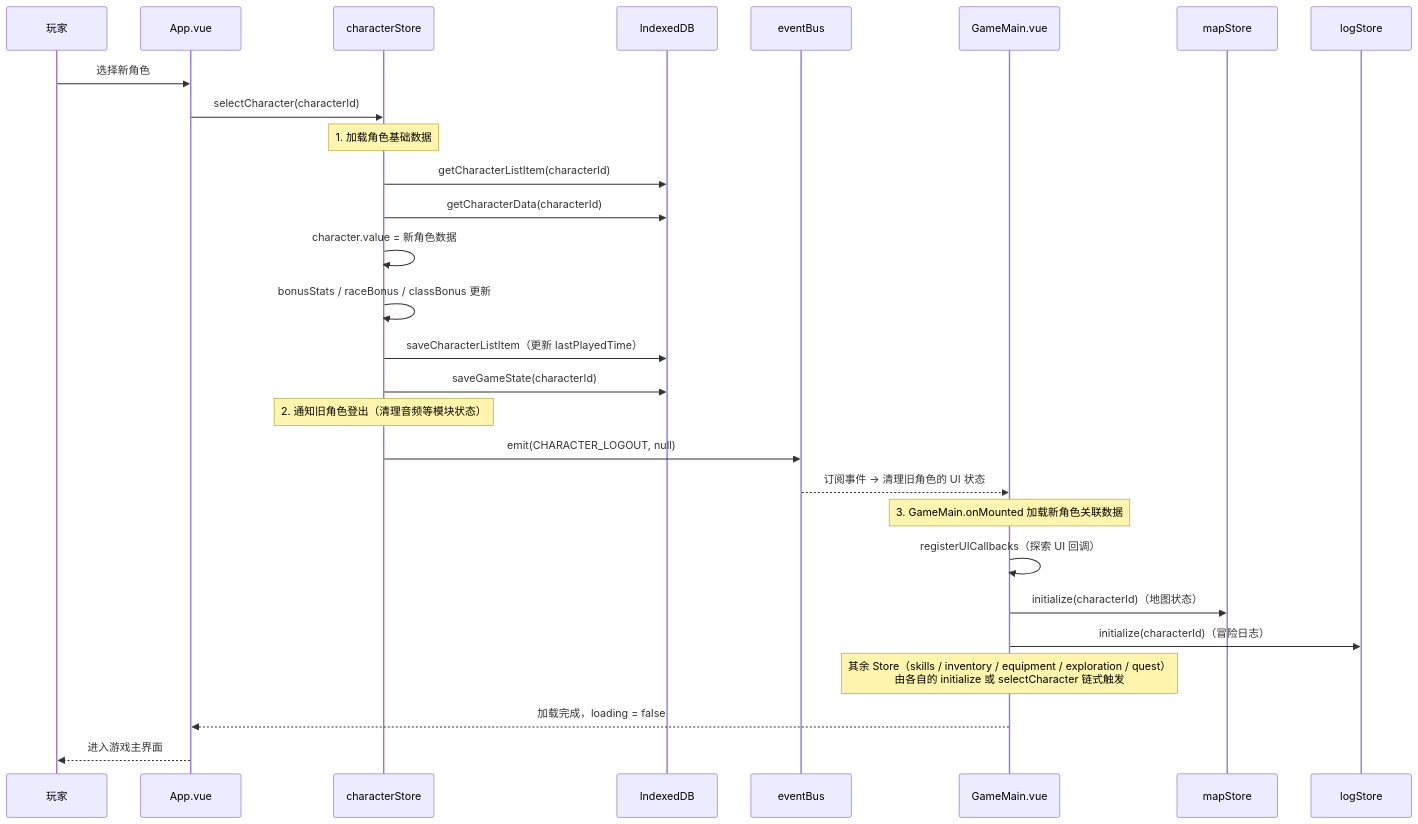
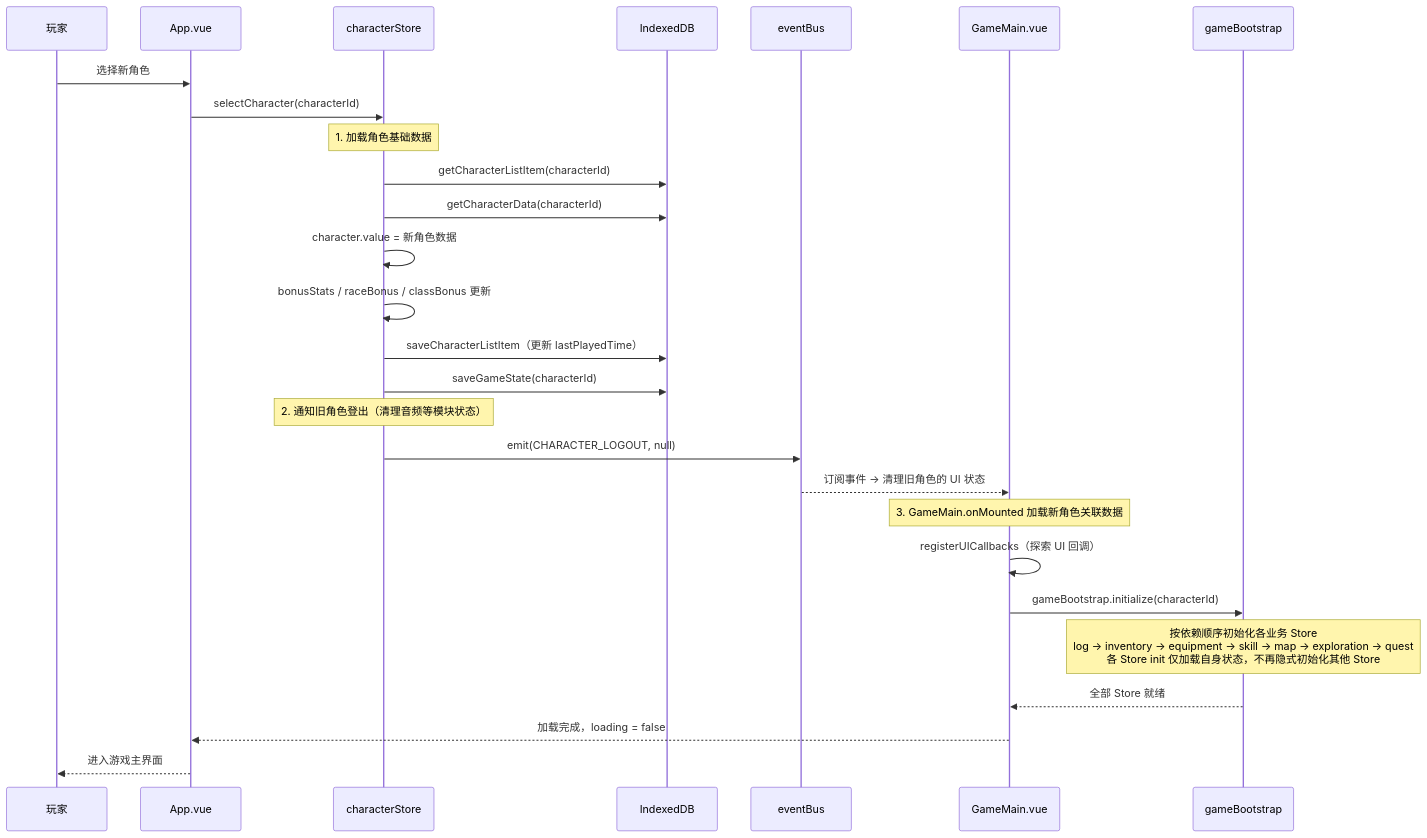
One commit to SonDemigods/wow_dnd changed diagram 12 of 16 in doc/project/DATA_FLOW.md. Above: the diagram before and after it, drawn with Mermaid. The commit also changed other lines of this file and 5 other files, not shown here.

````diff
--- a/doc/project/DATA_FLOW.md
+++ b/doc/project/DATA_FLOW.md
@@ -420,36 +633,35 @@
 ```mermaid
 sequenceDiagram
     %% 角色切换流程：登出旧角色 + 加载新角色
     participant U as 玩家
     participant App as App.vue
     participant CS as characterStore
     participant DB as IndexedDB
     participant Bus as eventBus
     participant GM as GameMain.vue
-    participant MS as mapStore
-    participant LS as logStore
+    participant GBS as gameBootstrap
 
     U->>App: 选择新角色
     App->>CS: selectCharacter(characterId)
 
     Note over CS: 1. 加载角色基础数据
     CS->>DB: getCharacterListItem(characterId)
     CS->>DB: getCharacterData(characterId)
     CS->>CS: character.value = 新角色数据
     CS->>CS: bonusStats / raceBonus / classBonus 更新
     CS->>DB: saveCharacterListItem（更新 lastPlayedTime）
     CS->>DB: saveGameState(characterId)
 
     Note over CS: 2. 通知旧角色登出（清理音频等模块状态）
     CS->>Bus: emit(CHARACTER_LOGOUT, null)
     Bus-->>GM: 订阅事件 → 清理旧角色的 UI 状态
 
     Note over GM: 3. GameMain.onMounted 加载新角色关联数据
     GM->>GM: registerUICallbacks（探索 UI 回调）
-    GM->>MS: initialize(characterId)（地图状态）
-    GM->>LS: initialize(characterId)（冒险日志）
-    Note over GM: 其余 Store（skills / inventory / equipment / exploration / quest）<br/>由各自的 initialize 或 selectCharacter 链式触发
+    GM->>GBS: gameBootstrap.initialize(characterId)
+    Note over GBS: 按依赖顺序初始化各业务 Store<br/>log → inventory → equipment → skill → map → exploration → quest<br/>各 Store init 仅加载自身状态，不再隐式初始化其他 Store
+    GBS-->>GM: 全部 Store 就绪
 
     GM-->>App: 加载完成，loading = false
     App-->>U: 进入游戏主界面
 ```
````
